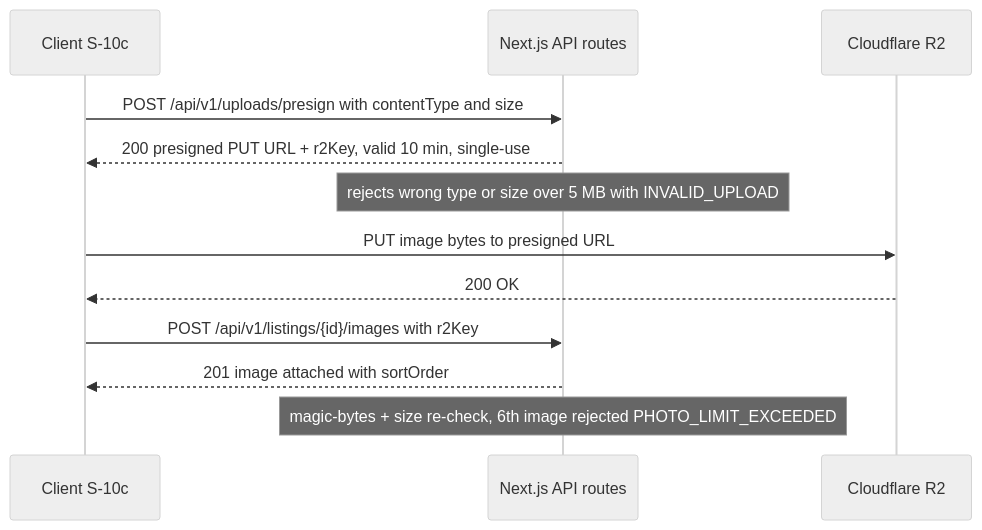
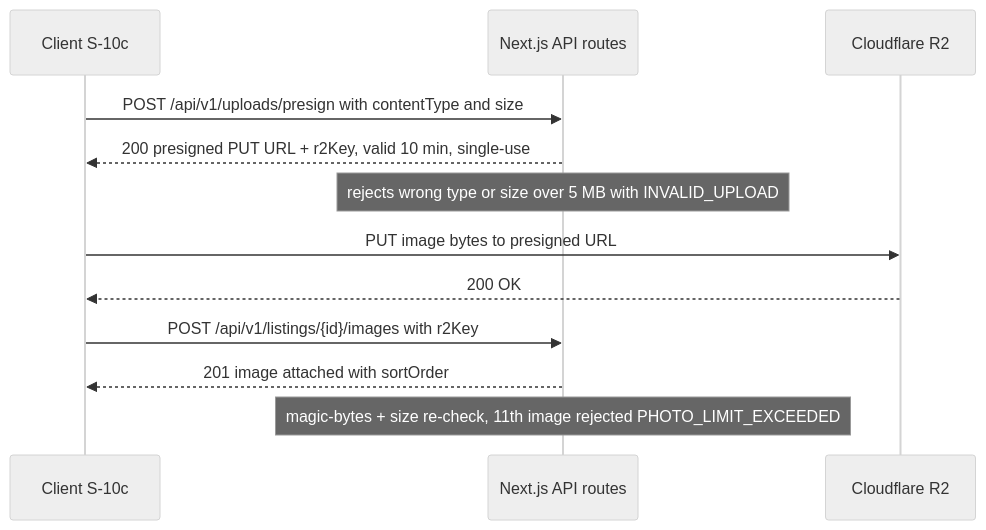
The diagram in docs/05-features/listing-create.md (abhishekSonawane97/pashusetu), drawn with Mermaid (neutral theme) before and after one commit. The commit also changed other lines of this file and 11 other files, not shown here.

````diff
--- a/docs/05-features/listing-create.md
+++ b/docs/05-features/listing-create.md
@@ -47,14 +47,14 @@
 ```mermaid
 sequenceDiagram
     participant C as Client S-10c
     participant API as Next.js API routes
     participant R2 as Cloudflare R2
     C->>API: POST /api/v1/uploads/presign with contentType and size
     API-->>C: 200 presigned PUT URL + r2Key, valid 10 min, single-use
     Note over API: rejects wrong type or size over 5 MB with INVALID_UPLOAD
     C->>R2: PUT image bytes to presigned URL
     R2-->>C: 200 OK
     C->>API: POST /api/v1/listings/{id}/images with r2Key
     API-->>C: 201 image attached with sortOrder
-    Note over API: magic-bytes + size re-check, 6th image rejected PHOTO_LIMIT_EXCEEDED
+    Note over API: magic-bytes + size re-check, 11th image rejected PHOTO_LIMIT_EXCEEDED
 ```
````
